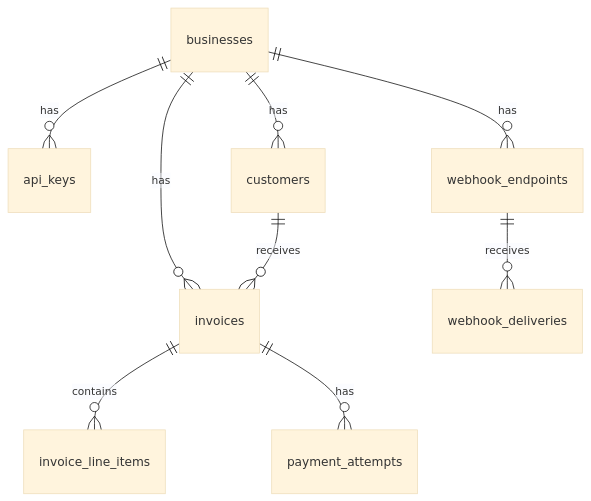
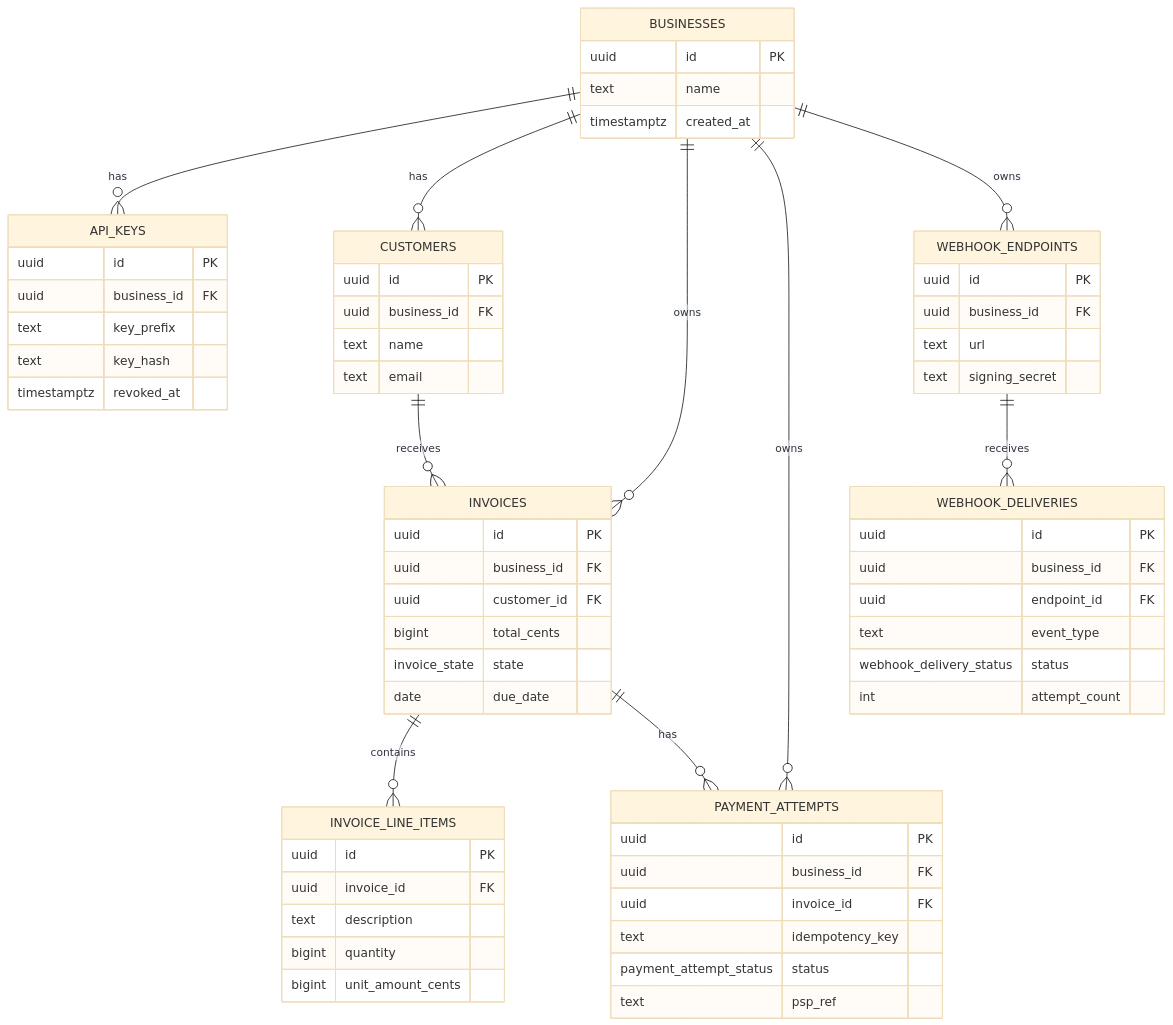
One commit to Ansh1902396/invoice-manager-api-rust changed the first of 2 diagrams in DESIGN.md. Above: the diagram before and after it, drawn with Mermaid (base theme). The commit also changed other lines of this file, not shown here.

Commit message:
doc(design): design doc update

````diff
--- a/DESIGN.md
+++ b/DESIGN.md
@@ -5,11 +5,75 @@
 ```mermaid
 erDiagram
-    businesses ||--o{ api_keys : has
-    businesses ||--o{ customers : has
-    businesses ||--o{ invoices : has
-    businesses ||--o{ webhook_endpoints : has
-    customers ||--o{ invoices : receives
-    invoices ||--o{ invoice_line_items : contains
-    invoices ||--o{ payment_attempts : has
-    webhook_endpoints ||--o{ webhook_deliveries : receives
+    BUSINESSES ||--o{ API_KEYS : has
+    BUSINESSES ||--o{ CUSTOMERS : has
+    BUSINESSES ||--o{ INVOICES : owns
+    BUSINESSES ||--o{ PAYMENT_ATTEMPTS : owns
+    BUSINESSES ||--o{ WEBHOOK_ENDPOINTS : owns
+    CUSTOMERS ||--o{ INVOICES : receives
+    INVOICES ||--o{ INVOICE_LINE_ITEMS : contains
+    INVOICES ||--o{ PAYMENT_ATTEMPTS : has
+    WEBHOOK_ENDPOINTS ||--o{ WEBHOOK_DELIVERIES : receives
+
+    BUSINESSES {
+        uuid id PK
+        text name
+        timestamptz created_at
+    }
+
+    API_KEYS {
+        uuid id PK
+        uuid business_id FK
+        text key_prefix
+        text key_hash
+        timestamptz revoked_at
+    }
+
+    CUSTOMERS {
+        uuid id PK
+        uuid business_id FK
+        text name
+        text email
+    }
+
+    INVOICES {
+        uuid id PK
+        uuid business_id FK
+        uuid customer_id FK
+        bigint total_cents
+        invoice_state state
+        date due_date
+    }
+
+    INVOICE_LINE_ITEMS {
+        uuid id PK
+        uuid invoice_id FK
+        text description
+        bigint quantity
+        bigint unit_amount_cents
+    }
+
+    PAYMENT_ATTEMPTS {
+        uuid id PK
+        uuid business_id FK
+        uuid invoice_id FK
+        text idempotency_key
+        payment_attempt_status status
+        text psp_ref
+    }
+
+    WEBHOOK_ENDPOINTS {
+        uuid id PK
+        uuid business_id FK
+        text url
+        text signing_secret
+    }
+
+    WEBHOOK_DELIVERIES {
+        uuid id PK
+        uuid business_id FK
+        uuid endpoint_id FK
+        text event_type
+        webhook_delivery_status status
+        int attempt_count
+    }
 ```
````
